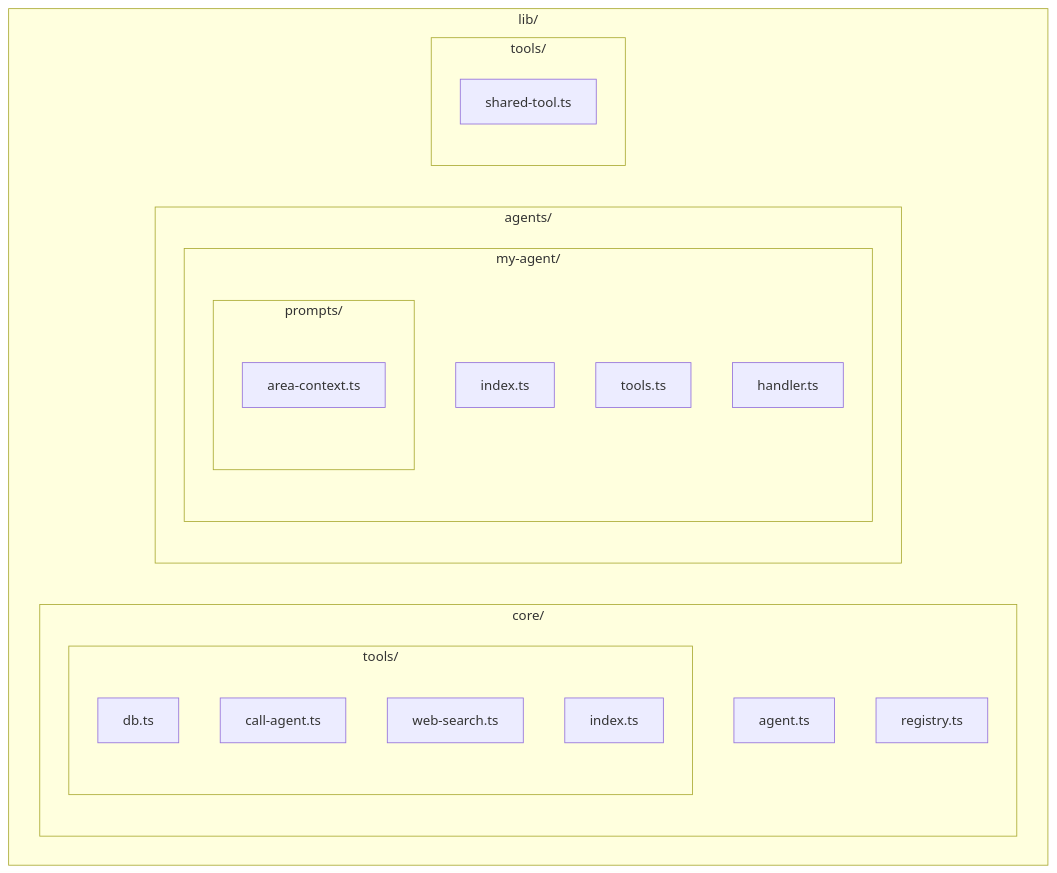
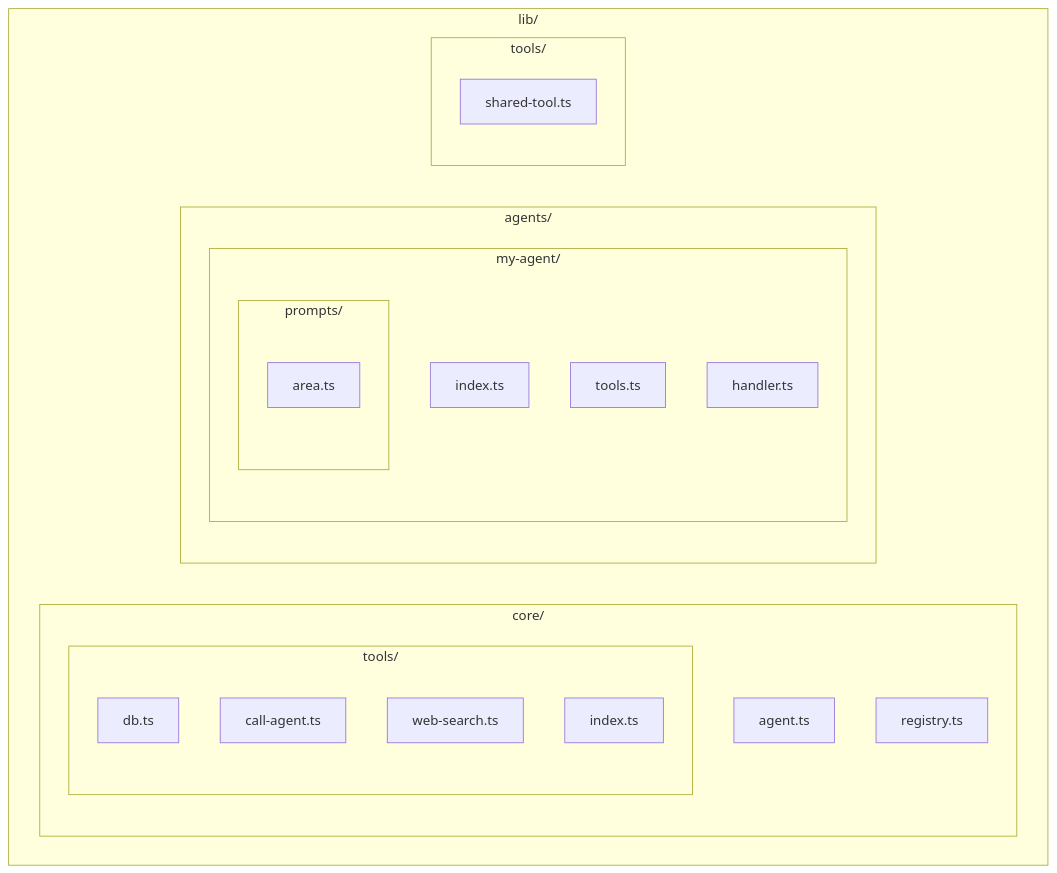
One commit to murej/flat-hunter changed the diagram in docs/structure.md. Above: the diagram before and after it, drawn with Mermaid. The commit also changed other lines of this file and 8 other files, not shown here.

First line of the commit message:
Rename area-context to area, add ingest handler

````diff
--- a/docs/structure.md
+++ b/docs/structure.md
@@ -29,29 +29,29 @@
 ```mermaid
 flowchart TB
   subgraph lib [lib/]
     subgraph core [core/]
       agent[agent.ts]
       registry[registry.ts]
       subgraph coreTools [tools/]
         db[db.ts]
         callAgent[call-agent.ts]
         webSearch[web-search.ts]
         index[index.ts]
       end
     end
     subgraph agents [agents/]
       subgraph agentA [my-agent/]
         idx[index.ts]
         prompts[prompts.ts]
         tools[tools.ts]
         handler[handler.ts]
       end
     end
     subgraph prompts [prompts/]
-      areaContext[area-context.ts]
+      area[area.ts]
     end
     subgraph sharedTools [tools/]
       shared[shared-tool.ts]
     end
   end
 ```
````
